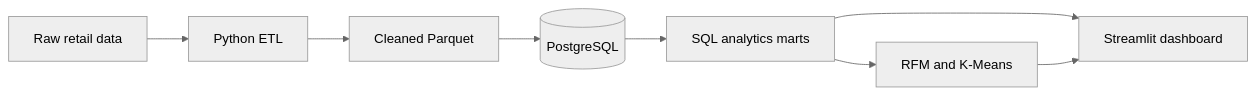
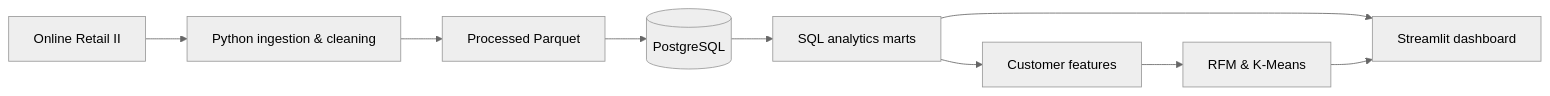
One commit to Vu-Viet-Phong/Vu-Viet-Phong changed the diagram in README.md. Above: the diagram before and after it, drawn with Mermaid (neutral theme). The commit also changed other lines of this file, not shown here.

````diff
--- a/README.md
+++ b/README.md
@@ -69,10 +76,11 @@
 ```mermaid
 flowchart LR
-    A[Raw retail data] --> B[Python ETL]
-    B --> C[Cleaned Parquet]
+    A[Online Retail II] --> B[Python ingestion & cleaning]
+    B --> C[Processed Parquet]
     C --> D[(PostgreSQL)]
     D --> E[SQL analytics marts]
-    E --> F[RFM and K-Means]
-    E --> G[Streamlit dashboard]
-    F --> G
+    E --> F[Customer features]
+    F --> G[RFM & K-Means]
+    E --> H[Streamlit dashboard]
+    G --> H
 ```
````
